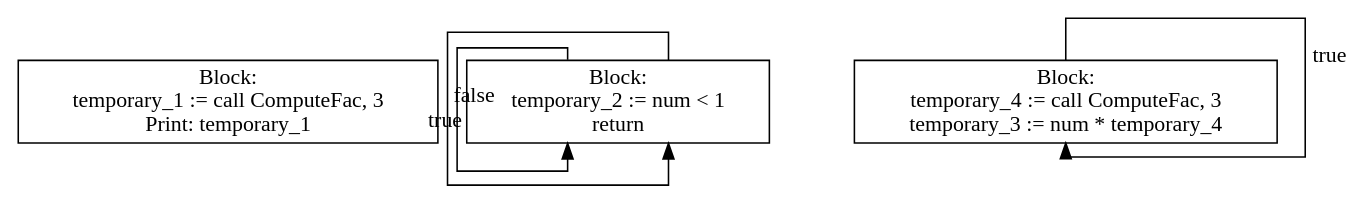
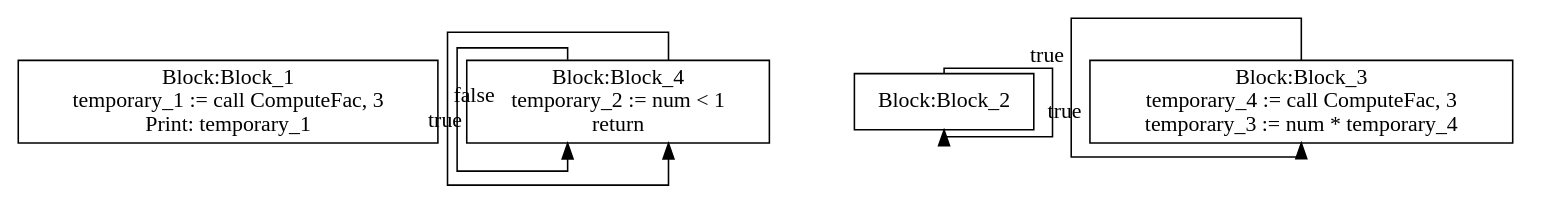
The diagram in lab3/CFG-tree.dot (moondog-matthew/compiler-dv1655), drawn with Graphviz before and after one commit. The commit also changed 5 other files, not shown here.

```diff
--- a/lab3/CFG-tree.dot
+++ b/lab3/CFG-tree.dot
@@ -1,16 +1,18 @@
 digraph {
 graph [ splines = ortho ]
 	node [ shape = box ];
-block_0 [label="Block:
+block_0 [label="Block:Block_1
 temporary_1 := call ComputeFac, 3
 Print: temporary_1"];
-block_1 [label="Block:
+block_1 [label="Block:Block_4
 temporary_2 := num < 1
 return "];
 block_1 -> block_1 [xlabel = "true"]
-block_2 [label="Block:
+block_2 [label="Block:Block_2"];
+block_2 -> block_2 [xlabel = "true"]
+block_3 [label="Block:Block_3
 temporary_4 := call ComputeFac, 3
 temporary_3 := num * temporary_4"];
-block_2 -> block_2 [xlabel = "true"]
+block_3 -> block_3 [xlabel = "true"]
 block_1 -> block_1 [xlabel = "false"]
 }
```
